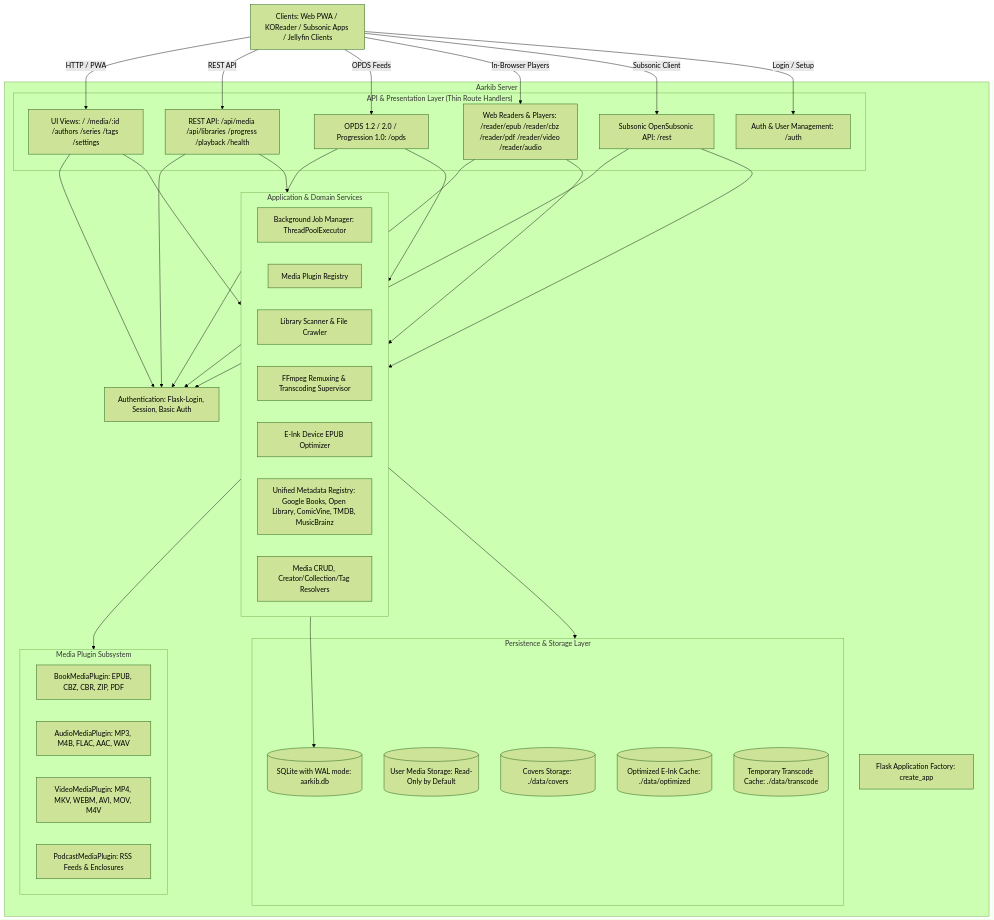
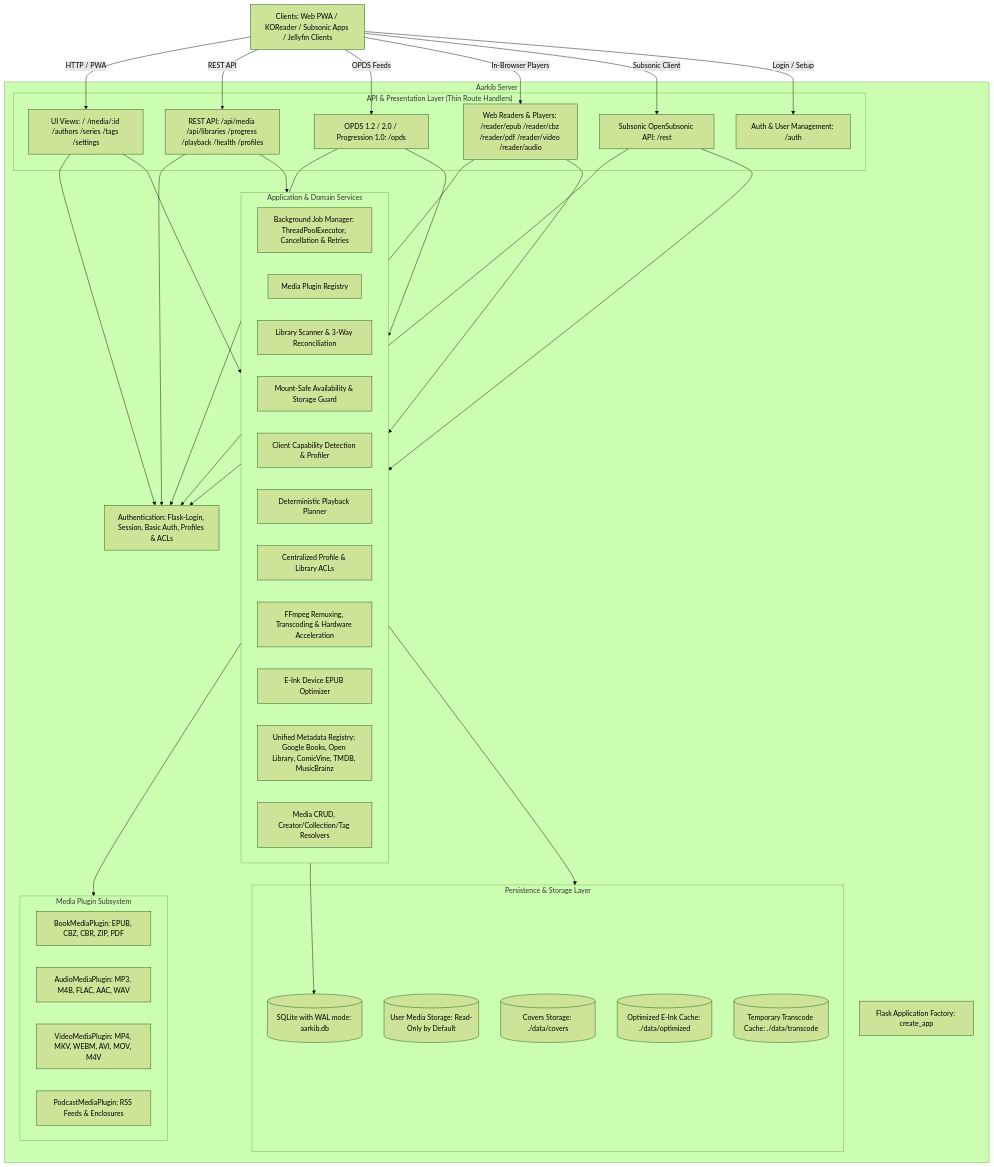
One commit to syfq91/aarkib changed the first of 4 diagrams in ARCHITECTURE.md. Above: the diagram before and after it, drawn with Mermaid (forest theme). The commit also changed other lines of this file and 3 other files, not shown here.

Commit message:
docs: synchronize architecture specifications, AGENTS.md, and roadmap

````diff
--- a/ARCHITECTURE.md
+++ b/ARCHITECTURE.md
@@ -29,66 +29,70 @@
 ```mermaid
 graph TD
     Client[Clients: Web PWA / KOReader / Subsonic Apps / Jellyfin Clients]
 
     subgraph Aarkib Server
         App[Flask Application Factory: create_app]
-        Auth[Authentication: Flask-Login, Session, Basic Auth]
+        Auth[Authentication: Flask-Login, Session, Basic Auth, Profiles & ACLs]
 
         subgraph Routes ["API & Presentation Layer (Thin Route Handlers)"]
             UIRoutes[UI Views: / /media/:id /authors /series /tags /settings]
-            APIRoutes[REST API: /api/media /api/libraries /progress /playback /health]
+            APIRoutes[REST API: /api/media /api/libraries /progress /playback /health /profiles]
             OPDSRoutes[OPDS 1.2 / 2.0 / Progression 1.0: /opds]
             ReaderRoutes[Web Readers & Players: /reader/epub /reader/cbz /reader/pdf /reader/video /reader/audio]
             SubsonicRoutes[Subsonic OpenSubsonic API: /rest]
             AuthRoutes[Auth & User Management: /auth]
         end
 
         subgraph Services ["Application & Domain Services"]
-            JobManager[Background Job Manager: ThreadPoolExecutor]
+            JobManager[Background Job Manager: ThreadPoolExecutor, Cancellation & Retries]
             PluginRegistry[Media Plugin Registry]
-            Scanner[Library Scanner & File Crawler]
-            Transcoder[FFmpeg Remuxing & Transcoding Supervisor]
+            Scanner[Library Scanner & 3-Way Reconciliation]
+            LibraryService[Mount-Safe Availability & Storage Guard]
+            CapabilityService[Client Capability Detection & Profiler]
+            PlaybackService[Deterministic Playback Planner]
+            AuthorizationService[Centralized Profile & Library ACLs]
+            Transcoder[FFmpeg Remuxing, Transcoding & Hardware Acceleration]
             Optimizer[E-Ink Device EPUB Optimizer]
             Enricher[Unified Metadata Registry: Google Books, Open Library, ComicVine, TMDB, MusicBrainz]
             MediaService[Media CRUD, Creator/Collection/Tag Resolvers]
         end
 
         subgraph Plugins ["Media Plugin Subsystem"]
             BookPlugin[BookMediaPlugin: EPUB, CBZ, CBR, ZIP, PDF]
             AudioPlugin[AudioMediaPlugin: MP3, M4B, FLAC, AAC, WAV]
             VideoPlugin[VideoMediaPlugin: MP4, MKV, WEBM, AVI, MOV, M4V]
             PodcastPlugin[PodcastMediaPlugin: RSS Feeds & Enclosures]
         end
 
         subgraph Storage ["Persistence & Storage Layer"]
             DB[(SQLite with WAL mode: aarkib.db)]
             MediaDir[(User Media Storage: Read-Only by Default)]
             CoversDir[(Covers Storage: ./data/covers)]
             OptimizedDir[(Optimized E-Ink Cache: ./data/optimized)]
             TranscodeDir[(Temporary Transcode Cache: ./data/transcode)]
         end
     end
 
     Client -->|HTTP / PWA| UIRoutes
     Client -->|REST API| APIRoutes
     Client -->|OPDS Feeds| OPDSRoutes
     Client -->|In-Browser Players| ReaderRoutes
     Client -->|Subsonic Client| SubsonicRoutes
     Client -->|Login / Setup| AuthRoutes
 
     UIRoutes --> Auth
     APIRoutes --> Auth
     OPDSRoutes --> Auth
     ReaderRoutes --> Auth
     SubsonicRoutes --> Auth
 
     APIRoutes --> Services
     UIRoutes --> Services
     ReaderRoutes --> Services
     OPDSRoutes --> Services
     SubsonicRoutes --> Services
 
     Services --> Plugins
     Services --> DB
     Services --> Storage
 ```
````
